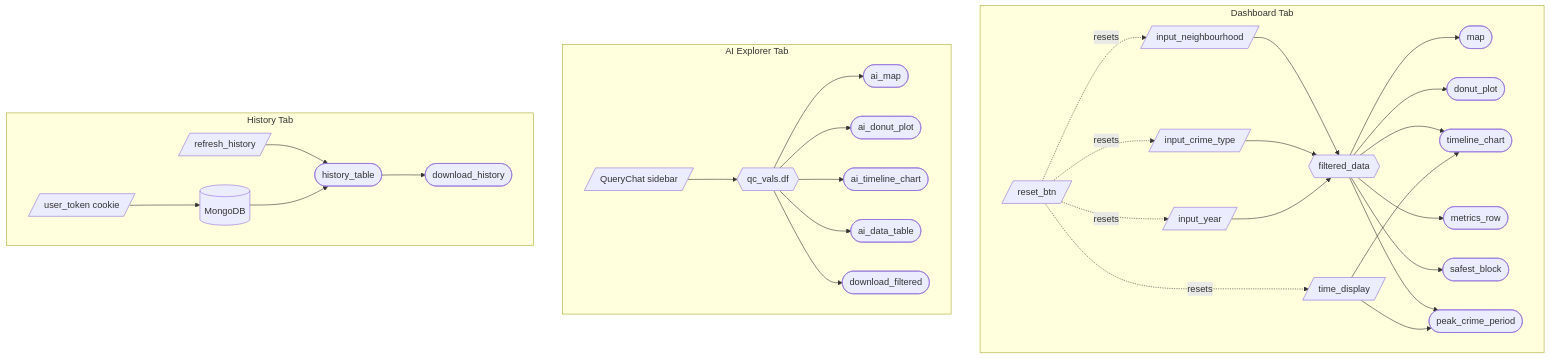
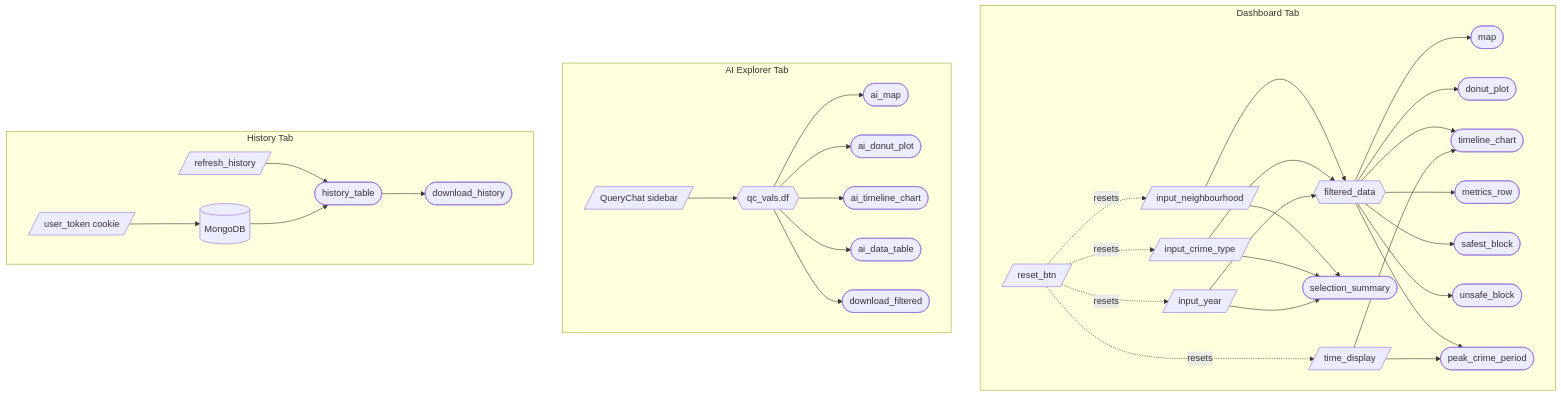
One commit to UBC-MDS/DSCI-532_2026_4_VanCrimeWatch changed the diagram in reports/specification.md. Above: the diagram before and after it, drawn with Mermaid. The commit also changed other lines of this file, not shown here.

````diff
--- a/reports/specification.md
+++ b/reports/specification.md
@@ -112,54 +114,58 @@
 ```mermaid
 flowchart TD
     subgraph Dashboard Tab
         NS[/input_neighbourhood/]
         CS[/input_crime_type/]
         YR[/input_year/]
         TD[/time_display/]
         RST[/reset_btn/]
 
         FD{{filtered_data}}
 
         NS --> FD
         CS --> FD
         YR --> FD
 
         MAP([map])
         DONUT([donut_plot])
         TIMELINE([timeline_chart])
+        SUMMARY([selection_summary])
         KPI_ROW([metrics_row])
         KPI_SAFE([safest_block])
+        KPI_UNSAFE([unsafe_block])
         KPI_PEAK([peak_crime_period])
 
         FD --> MAP
         FD --> DONUT
         FD --> TIMELINE
+        NS & CS & YR --> SUMMARY
         FD --> KPI_ROW
         FD --> KPI_SAFE
+        FD --> KPI_UNSAFE
         FD --> KPI_PEAK
         TD --> TIMELINE
         TD --> KPI_PEAK
         RST -.->|resets| NS & CS & YR & TD
     end
 
     subgraph AI Explorer Tab
         CHAT[/QueryChat sidebar/]
         QC{{qc_vals.df}}
         CHAT --> QC
         QC --> AI_MAP([ai_map])
         QC --> AI_DONUT([ai_donut_plot])
         QC --> AI_TIMELINE([ai_timeline_chart])
         QC --> AI_TABLE([ai_data_table])
         QC --> DL([download_filtered])
     end
 
     subgraph History Tab
         TOKEN[/user_token cookie/]
         REFRESH[/refresh_history/]
         MONGO[(MongoDB)]
         TOKEN --> MONGO
         REFRESH --> HIST([history_table])
         MONGO --> HIST
         HIST --> DL_HIST([download_history])
     end
 ```
````
